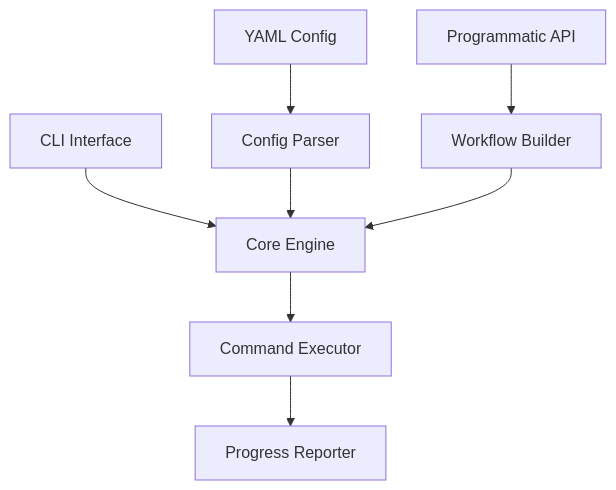
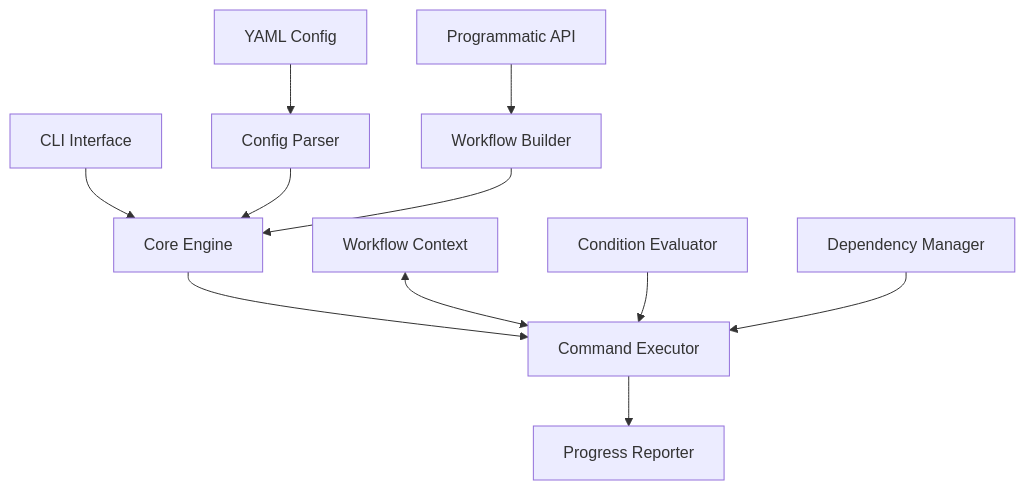
Before and after one commit to alvamind/alvamind-workflow: the first of 2 diagrams in memory-bank/systemPatterns.md, drawn with Mermaid. The commit also changed other lines of this file and 20 other files, not shown here.

````diff
--- a/memory-bank/systemPatterns.md
+++ b/memory-bank/systemPatterns.md
@@ -7,8 +7,13 @@
 ```mermaid
 graph TD
     CLI[CLI Interface] --> Core[Core Engine]
     YAML[YAML Config] --> Parser[Config Parser] --> Core
     API[Programmatic API] --> Builder[Workflow Builder] --> Core
     Core --> Executor[Command Executor]
     Executor --> Reporter[Progress Reporter]
+    
+    %% New components
+    Context[Workflow Context] <--> Executor
+    Condition[Condition Evaluator] --> Executor
+    Dependency[Dependency Manager] --> Executor
 ```
````
